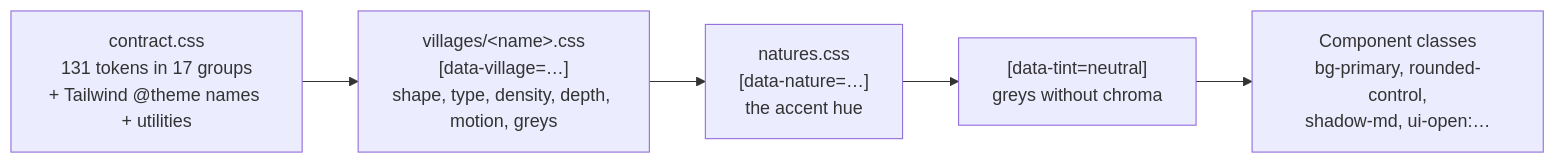
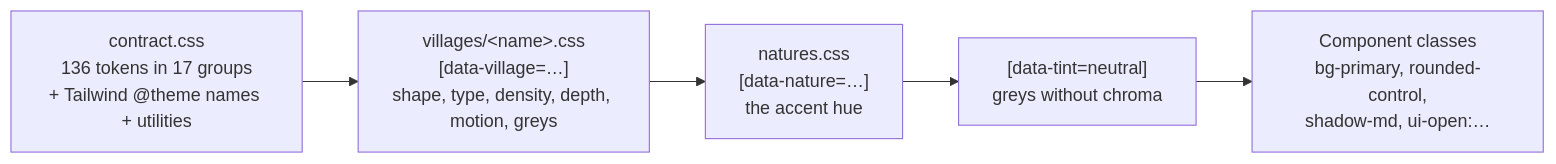
The third of 5 diagrams in docs/architecture.md (rasengan-dev/rasengan-ui), drawn with Mermaid before and after one commit. The commit also changed other lines of this file and 103 other files, not shown here.

````diff
--- a/docs/architecture.md
+++ b/docs/architecture.md
@@ -87,10 +90,10 @@
 ```mermaid
 flowchart LR
-  contract["contract.css<br/>131 tokens in 17 groups<br/>+ Tailwind @theme names + utilities"]
+  contract["contract.css<br/>136 tokens in 17 groups<br/>+ Tailwind @theme names + utilities"]
   village["villages/&lt;name&gt;.css<br/>[data-village=…]<br/>shape, type, density, depth, motion, greys"]
   nature["natures.css<br/>[data-nature=…]<br/>the accent hue"]
   tint["[data-tint=neutral]<br/>greys without chroma"]
   comp["Component classes<br/>bg-primary, rounded-control,<br/>shadow-md, ui-open:…"]
 
   contract --> village --> nature --> tint --> comp
 ```
````
